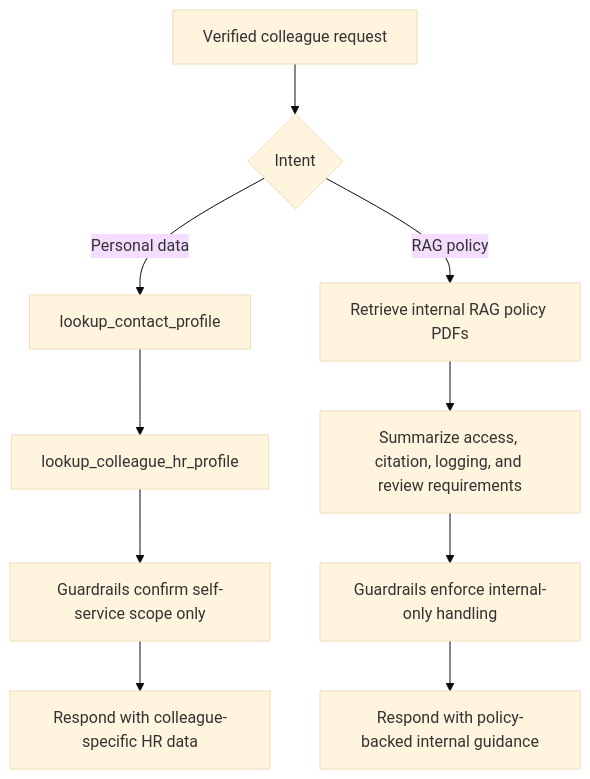
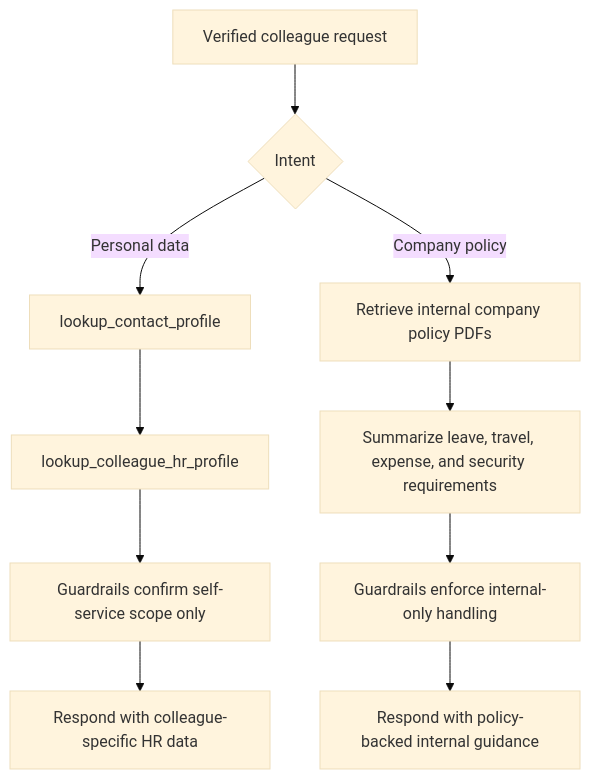
Before and after one commit to V0xP0p/call-center-example-case: the third of 5 diagrams in docs/flow-diagrams.md, drawn with Mermaid (base theme). The commit also changed other lines of this file and 38 other files, not shown here.

Commit message:
Replace internal policy corpus with company PDFs

````diff
--- a/docs/flow-diagrams.md
+++ b/docs/flow-diagrams.md
@@ -46,12 +46,12 @@
 ```mermaid
 flowchart TD
     A["Verified colleague request"] --> B{"Intent"}
     B -->|Personal data| C["lookup_contact_profile"]
     C --> D["lookup_colleague_hr_profile"]
     D --> E["Guardrails confirm self-service scope only"]
     E --> F["Respond with colleague-specific HR data"]
-    B -->|RAG policy| G["Retrieve internal RAG policy PDFs"]
-    G --> H["Summarize access, citation, logging, and review requirements"]
+    B -->|Company policy| G["Retrieve internal company policy PDFs"]
+    G --> H["Summarize leave, travel, expense, and security requirements"]
     H --> I["Guardrails enforce internal-only handling"]
     I --> J["Respond with policy-backed internal guidance"]
 ```
````
